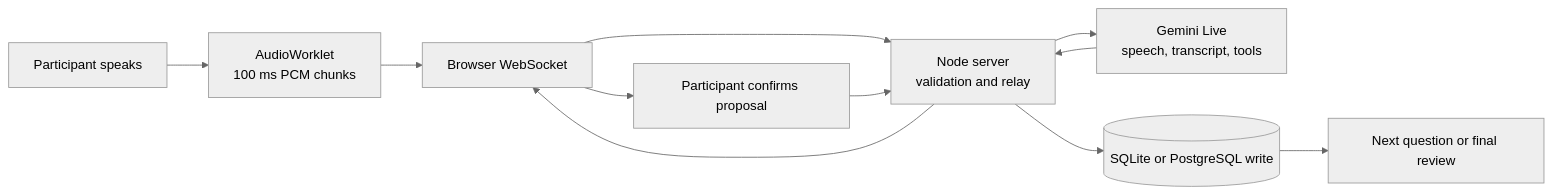
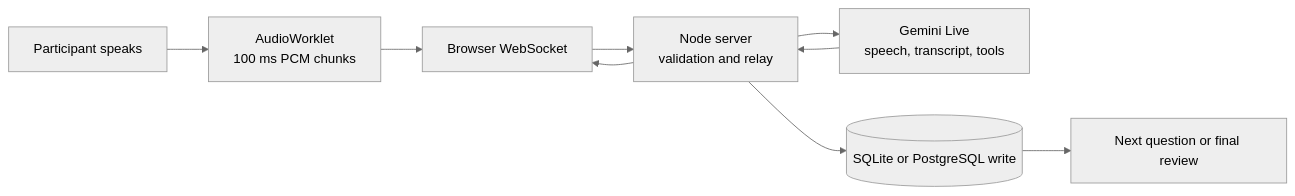
Before and after one commit to Keviv21/PHQ-9-assessment: the diagram in docs/WORKFLOW_AND_PERFORMANCE.md, drawn with Mermaid (neutral theme). The commit also changed other lines of this file and 43 other files, not shown here.

````diff
--- a/docs/WORKFLOW_AND_PERFORMANCE.md
+++ b/docs/WORKFLOW_AND_PERFORMANCE.md
@@ -7,13 +7,11 @@
 ```mermaid
 flowchart LR
     U[Participant speaks] --> W[AudioWorklet<br/>100 ms PCM chunks]
     W --> B[Browser WebSocket]
     B --> N[Node server<br/>validation and relay]
     N --> G[Gemini Live<br/>speech, transcript, tools]
     G --> N
     N --> B
-    B --> C[Participant confirms proposal]
-    C --> N
     N --> D[(SQLite or PostgreSQL write)]
     D --> Q[Next question or final review]
 ```
````
